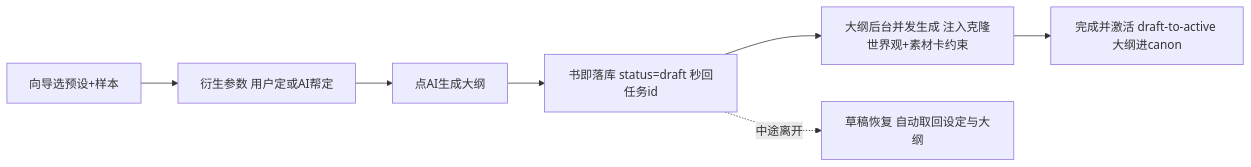
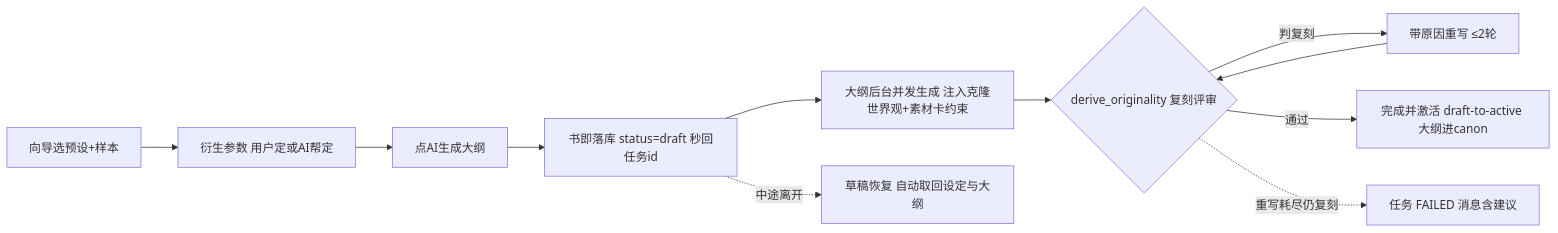
The fifth of 6 diagrams in docs/architecture/pipeline-contracts.md (zhizhede/zzdzz-novel-generate-mvp), drawn with Mermaid before and after one commit. The commit also changed other lines of this file and 6 other files, not shown here.

````diff
--- a/docs/architecture/pipeline-contracts.md
+++ b/docs/architecture/pipeline-contracts.md
@@ -189,8 +189,12 @@
 ```mermaid
 flowchart LR
     A[向导选预设+样本] --> B[衍生参数 用户定或AI帮定] --> C[点AI生成大纲]
     C --> D[书即落库 status=draft 秒回任务id]
     D --> E[大纲后台并发生成 注入克隆世界观+素材卡约束]
-    E --> F[完成并激活 draft-to-active 大纲进canon]
+    E --> O{derive_originality 复刻评审}
+    O -->|判复刻| P[带原因重写 ≤2轮]
+    P --> O
+    O -->|通过| F[完成并激活 draft-to-active 大纲进canon]
+    O -.重写耗尽仍复刻.-> X[任务 FAILED 消息含建议]
     D -.中途离开.-> G[草稿恢复 自动取回设定与大纲]
 ```
````
